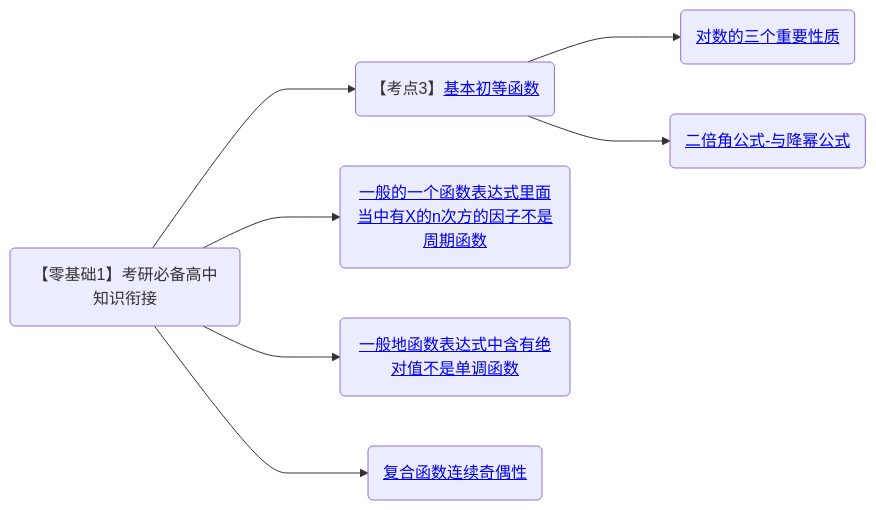
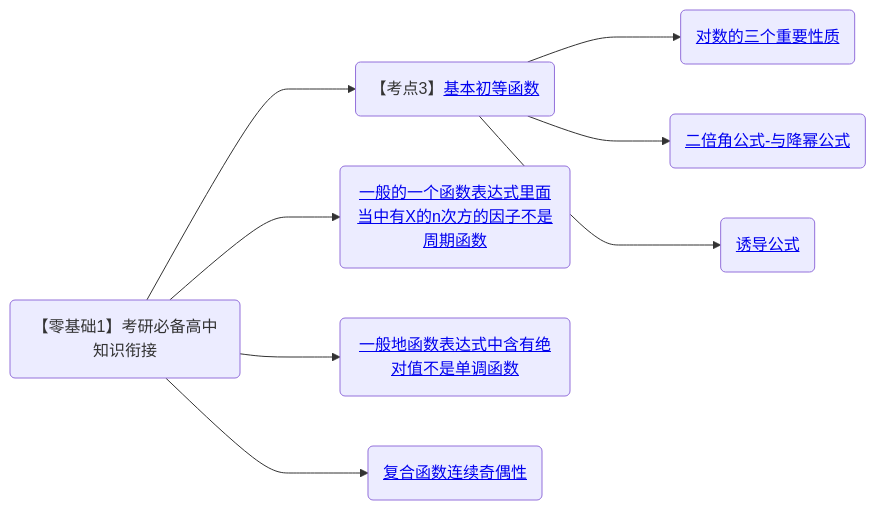
Before and after one commit to yuebinghui/note: the second of 11 diagrams in 笔记/数学/周洋鑫/框架.md, drawn with Mermaid. The commit also changed other lines of this file and 66 other files, not shown here.

````diff
--- a/笔记/数学/周洋鑫/框架.md
+++ b/笔记/数学/周洋鑫/框架.md
@@ -13,16 +11,17 @@
 ```mermaid
 graph LR
 考研必备高中知识衔接(【零基础1】考研必备高中知识衔接)
 
 考研必备高中知识衔接--->基本初等函数(【考点3】<a href="/Users/yuebinghui/Documents/program/github/note/笔记/数学/周洋鑫/02.零基础核心考点精讲1-1～2-1.md#基本初等函数">基本初等函数</>)
 基本初等函数--->对数的三个重要性质(<a href="/Users/yuebinghui/Documents/program/github/note/笔记/数学/周洋鑫/02.零基础核心考点精讲1-1～2-1.md#对数的三个重要性质">对数的三个重要性质</>)
 基本初等函数--->二倍角公式-与降幂公式(<a href="/Users/yuebinghui/Documents/program/github/note/笔记/数学/周洋鑫/02.零基础核心考点精讲1-1～2-1.md#二倍角公式-与降幂公式">二倍角公式-与降幂公式</>)
+基本初等函数--->诱导公式(<a href="/Users/yuebinghui/Documents/笔记/数学/周洋鑫/02.零基础核心考点精讲1-1～2-1.md#诱导公式">诱导公式</>)
 
 
 
 考研必备高中知识衔接--->一般的一个函数表达式里面当中有X的n次方的因子不是周期函数(<a href="/Users/yuebinghui/Documents/program/github/note/笔记/数学/周洋鑫/04.零基础核心考点精讲3-2.md#一般的一个函数表达式里面当中有X的n次方的因子不是周期函数">一般的一个函数表达式里面当中有X的n次方的因子不是周期函数</>)
 考研必备高中知识衔接--->一般地函数表达式中含有绝对值不是单调函数(<a href="/Users/yuebinghui/Documents/program/github/note/笔记/数学/周洋鑫/04.零基础核心考点精讲3-2.md#一般地函数表达式中含有绝对值不是单调函数">一般地函数表达式中含有绝对值不是单调函数</>)
 考研必备高中知识衔接--->复合函数连续奇偶性(<a href="/Users/yuebinghui/Documents/program/github/note/笔记/数学/周洋鑫/05.1.零基础核心考点精讲4-2.md#复合函数连续奇偶性">复合函数连续奇偶性</>)
 
 
 ```
````
